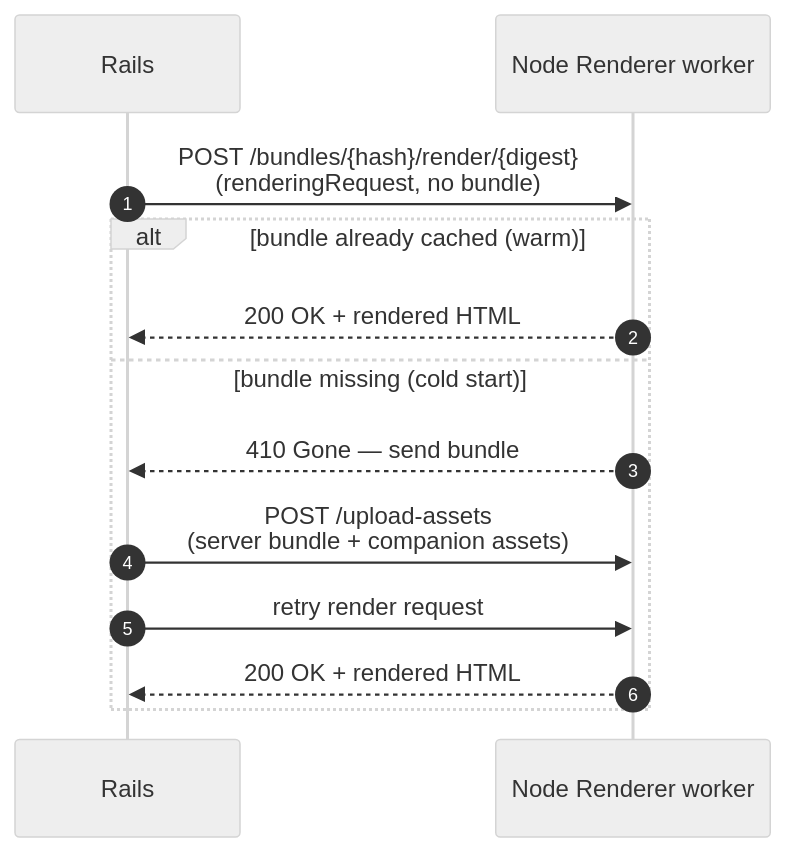
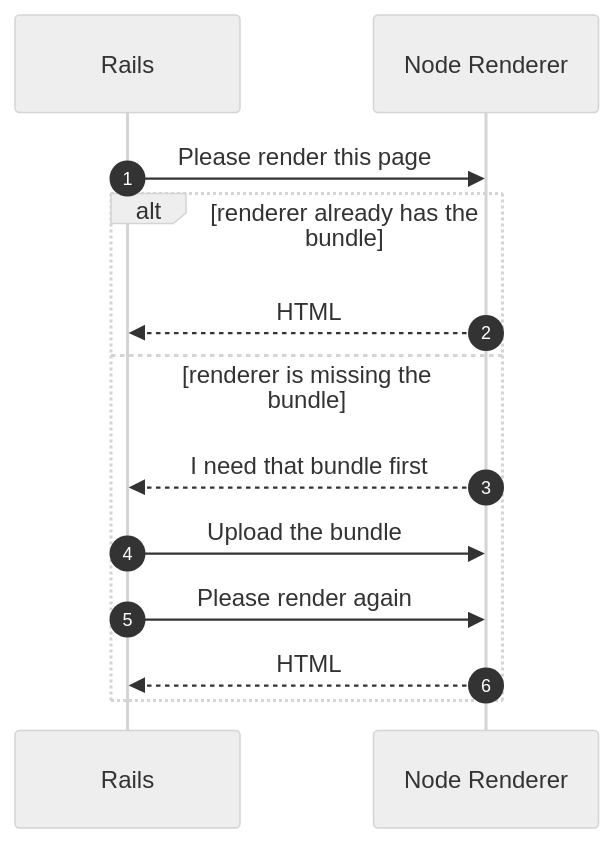
The fourth of 5 diagrams in docs/pro/node-renderer.md (shakacode/react_on_rails), drawn with Mermaid (neutral theme) before and after one commit. The commit also changed other lines of this file and 2 other files, not shown here.

Commit message:
Clarify Node renderer diagrams

````diff
--- a/docs/pro/node-renderer.md
+++ b/docs/pro/node-renderer.md
@@ -217,15 +217,15 @@
 ```mermaid
 sequenceDiagram
     autonumber
     participant Rails
-    participant Renderer as Node Renderer worker
-    Rails->>Renderer: POST /bundles/{hash}/render/{digest}<br/>(renderingRequest, no bundle)
-    alt bundle already cached (warm)
-        Renderer-->>Rails: 200 OK + rendered HTML
-    else bundle missing (cold start)
-        Renderer-->>Rails: 410 Gone — send bundle
-        Rails->>Renderer: POST /upload-assets<br/>(server bundle + companion assets)
-        Rails->>Renderer: retry render request
-        Renderer-->>Rails: 200 OK + rendered HTML
+    participant Renderer as Node Renderer
+    Rails->>Renderer: Please render this page
+    alt renderer already has the bundle
+        Renderer-->>Rails: HTML
+    else renderer is missing the bundle
+        Renderer-->>Rails: I need that bundle first
+        Rails->>Renderer: Upload the bundle
+        Rails->>Renderer: Please render again
+        Renderer-->>Rails: HTML
     end
 ```
````
